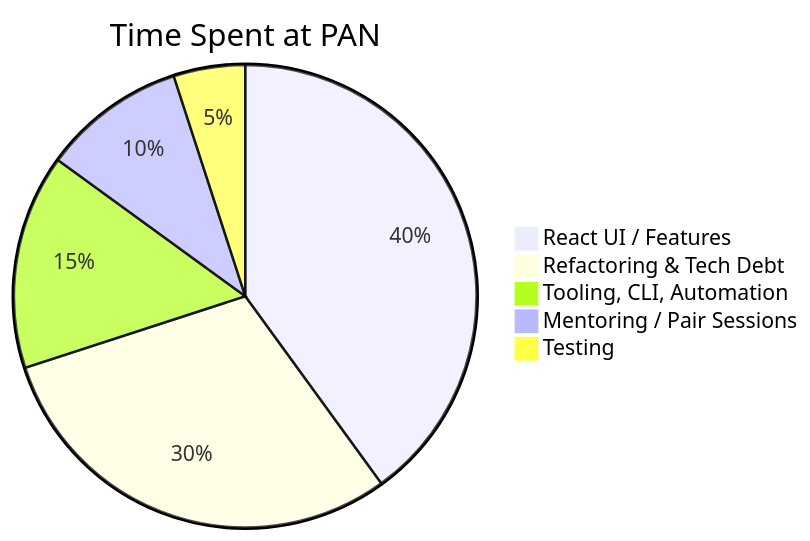
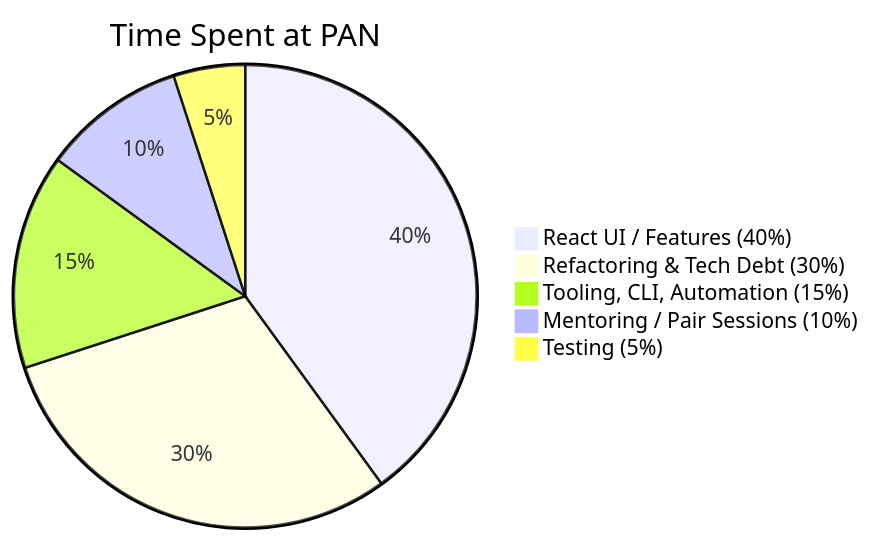
Before and after one commit to charlieargue/pan-code-samples: the diagram in README.md, drawn with Mermaid.

Commit message:
feat: better pie chart

````diff
--- a/README.md
+++ b/README.md
@@ -7,9 +7,9 @@
 ```mermaid
 pie
     title Time Spent at PAN
-    "React UI / Features" : 40
-    "Refactoring & Tech Debt" : 30
-    "Tooling, CLI, Automation" : 15
-    "Mentoring / Pair Sessions" :  10
-		"Testing" :  5
+    "React UI / Features (40%)" : 40
+    "Refactoring & Tech Debt (30%)" : 30
+    "Tooling, CLI, Automation (15%)" : 15
+    "Mentoring / Pair Sessions (10%)" :  10
+		"Testing (5%)" :  5
 ```
````
